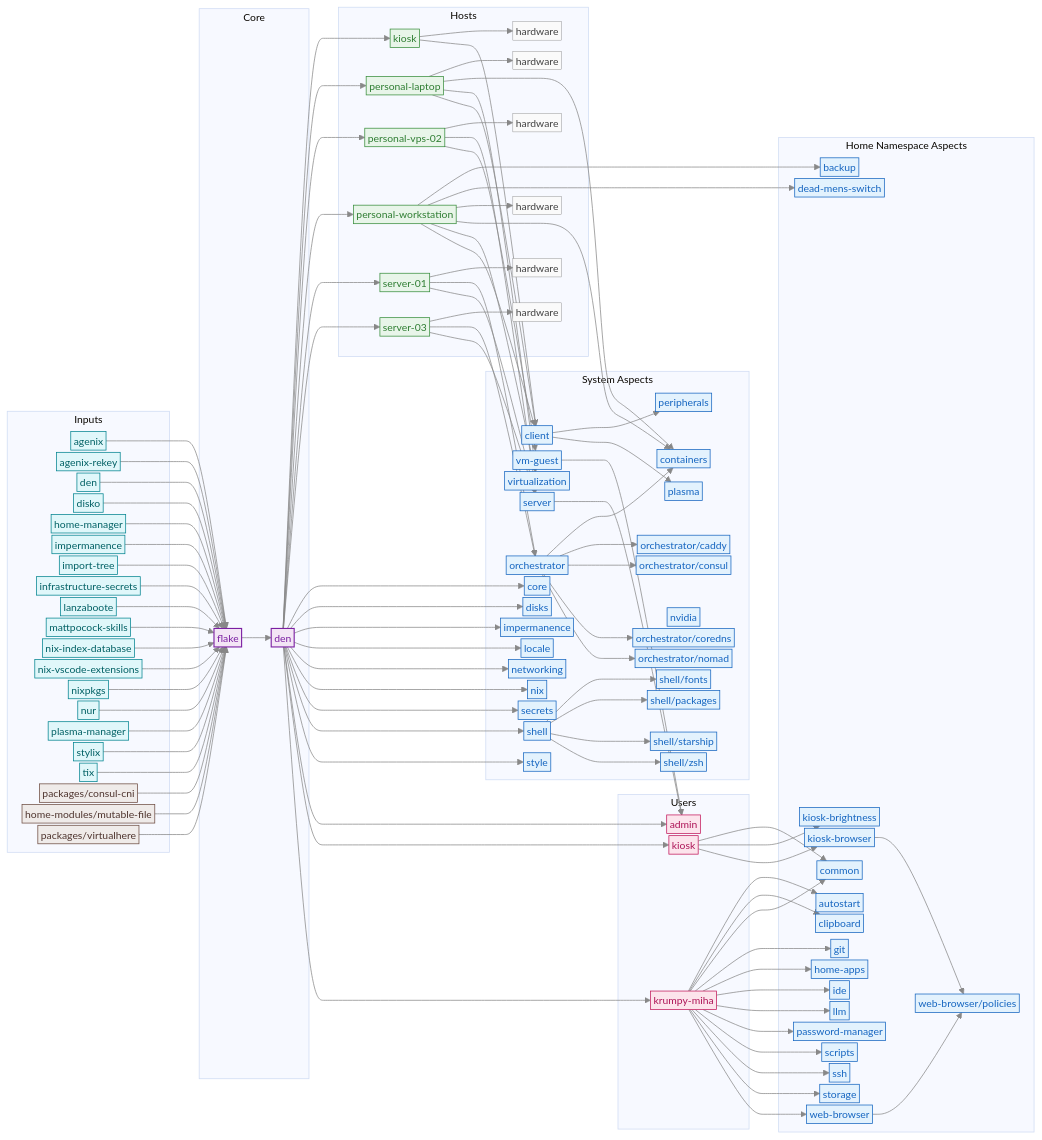
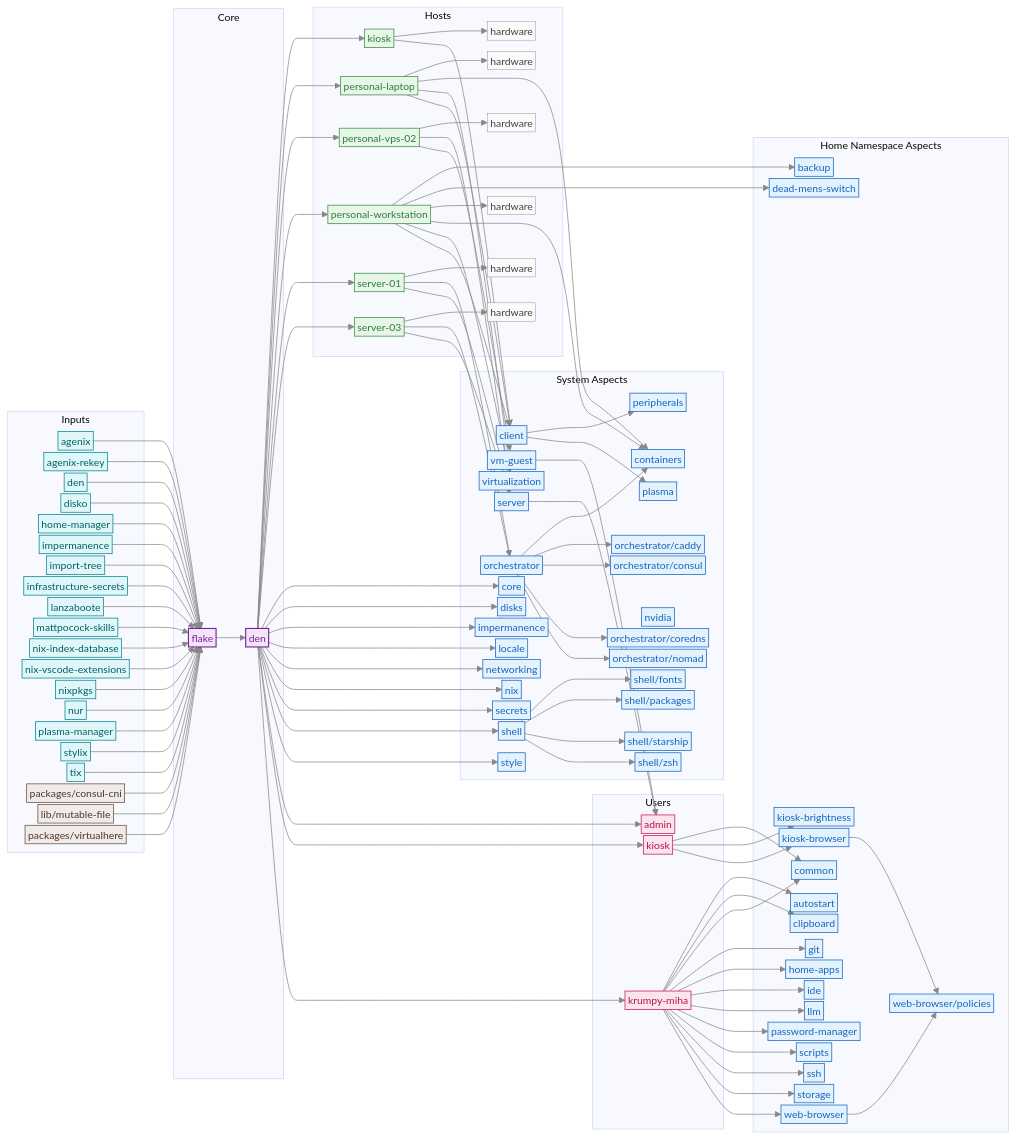
One commit to mihakrumpestar/infrastructure changed the diagram in README.md. Above: the diagram before and after it, drawn with Mermaid. The commit also changed other lines of this file and 6 other files, not shown here.

```diff
--- a/README.md
+++ b/README.md
@@ -175,7 +196,7 @@
         input_stylix["stylix"]:::input
         input_tix["tix"]:::input
         local_consul_cni["packages/consul-cni"]:::local
-        local_mutable_file["home-modules/mutable-file"]:::local
+        local_mutable_file["lib/mutable-file"]:::local
         local_virtualhere["packages/virtualhere"]:::local
     end
 
```
